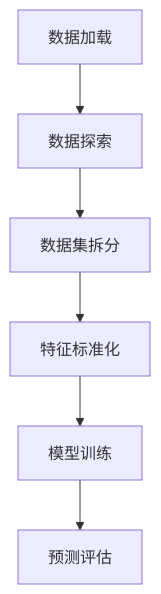
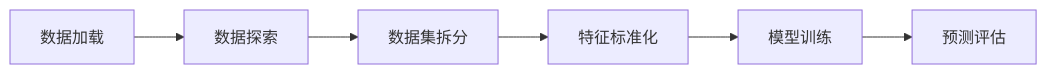
Before and after one commit to bettermyself/ai_learn: the second of 2 diagrams in 阶段4机器学习/day02-KNN算法.md, drawn with Mermaid.

````diff
--- a/阶段4机器学习/day02-KNN算法.md
+++ b/阶段4机器学习/day02-KNN算法.md
@@ -530,8 +530,8 @@
 ```mermaid
-graph TD
+graph LR
 A[数据加载] --> B[数据探索]
 B --> C[数据集拆分]
 C --> D[特征标准化]
 D --> E[模型训练]
 E --> F[预测评估]
 ```
````
